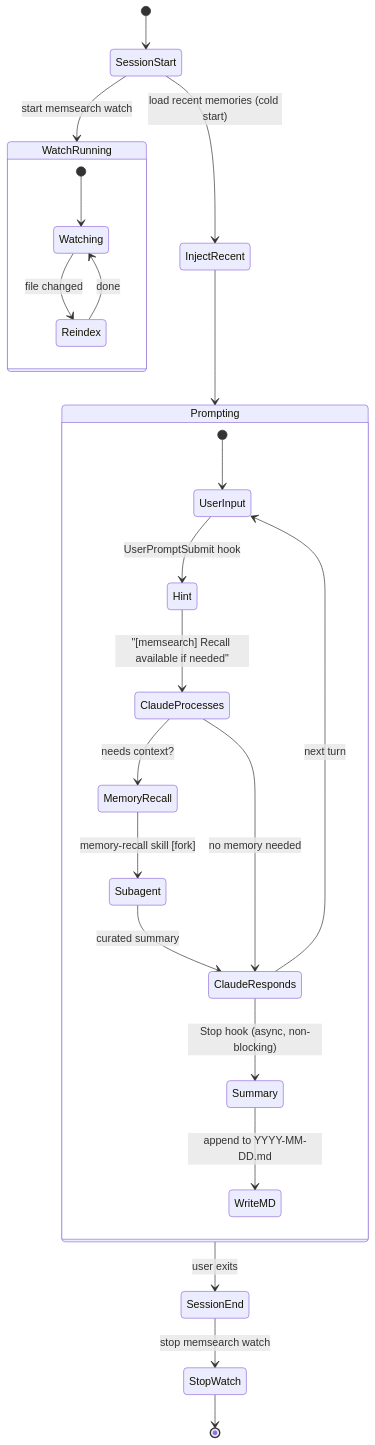
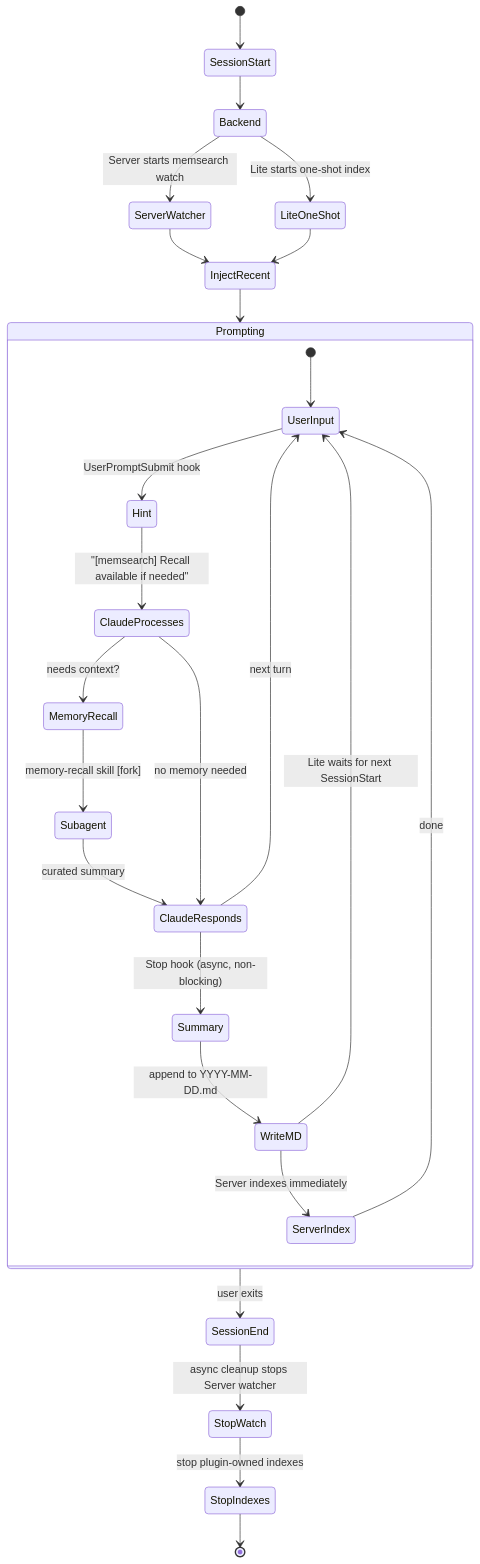
One commit to Roovelrz/memsearch changed the third of 4 diagrams in plugins/claude-code/README.md. Above: the diagram before and after it, drawn with Mermaid. The commit also changed other lines of this file and 3 other files, not shown here.

First line of the commit message:
fix(hooks): avoid reindexing Milvus Lite on every Claude Code stop (#723)

````diff
--- a/plugins/claude-code/README.md
+++ b/plugins/claude-code/README.md
@@ -112,31 +112,32 @@
 ```mermaid
 stateDiagram-v2
     [*] --> SessionStart
-    SessionStart --> WatchRunning: start memsearch watch
-    SessionStart --> InjectRecent: load recent memories (cold start)
-
-    state WatchRunning {
-        [*] --> Watching
-        Watching --> Reindex: file changed
-        Reindex --> Watching: done
-    }
+    SessionStart --> Backend
+    Backend --> ServerWatcher: Server starts memsearch watch
+    Backend --> LiteOneShot: Lite starts one-shot index
+    ServerWatcher --> InjectRecent
+    LiteOneShot --> InjectRecent
 
     InjectRecent --> Prompting
 
     state Prompting {
         [*] --> UserInput
         UserInput --> Hint: UserPromptSubmit hook
         Hint --> ClaudeProcesses: "[memsearch] Recall available if needed"
         ClaudeProcesses --> MemoryRecall: needs context?
         MemoryRecall --> Subagent: memory-recall skill [fork]
         Subagent --> ClaudeResponds: curated summary
         ClaudeProcesses --> ClaudeResponds: no memory needed
         ClaudeResponds --> UserInput: next turn
         ClaudeResponds --> Summary: Stop hook (async, non-blocking)
         Summary --> WriteMD: append to YYYY-MM-DD.md
+        WriteMD --> ServerIndex: Server indexes immediately
+        ServerIndex --> UserInput: done
+        WriteMD --> UserInput: Lite waits for next SessionStart
     }
 
     Prompting --> SessionEnd: user exits
-    SessionEnd --> StopWatch: stop memsearch watch
-    StopWatch --> [*]
+    SessionEnd --> StopWatch: async cleanup stops Server watcher
+    StopWatch --> StopIndexes: stop plugin-owned indexes
+    StopIndexes --> [*]
 ```
````
